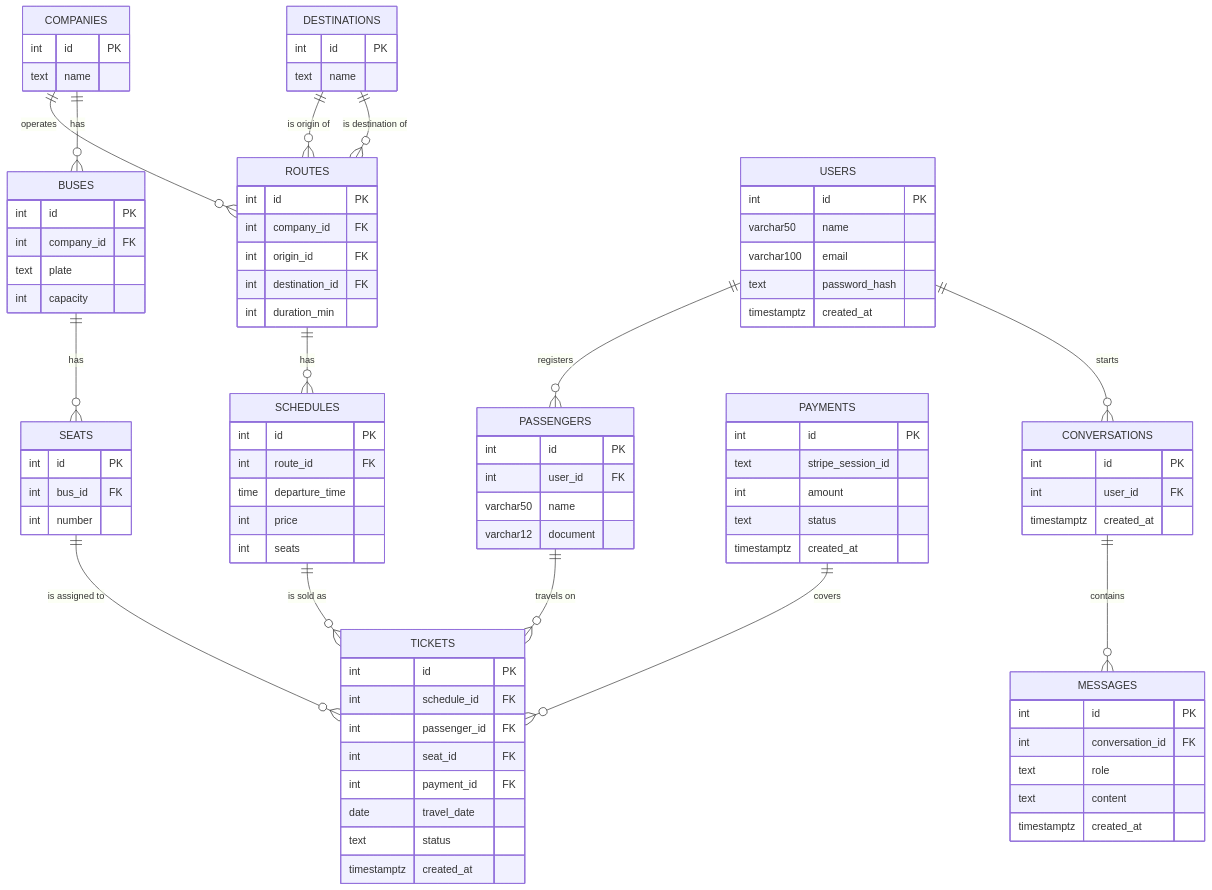
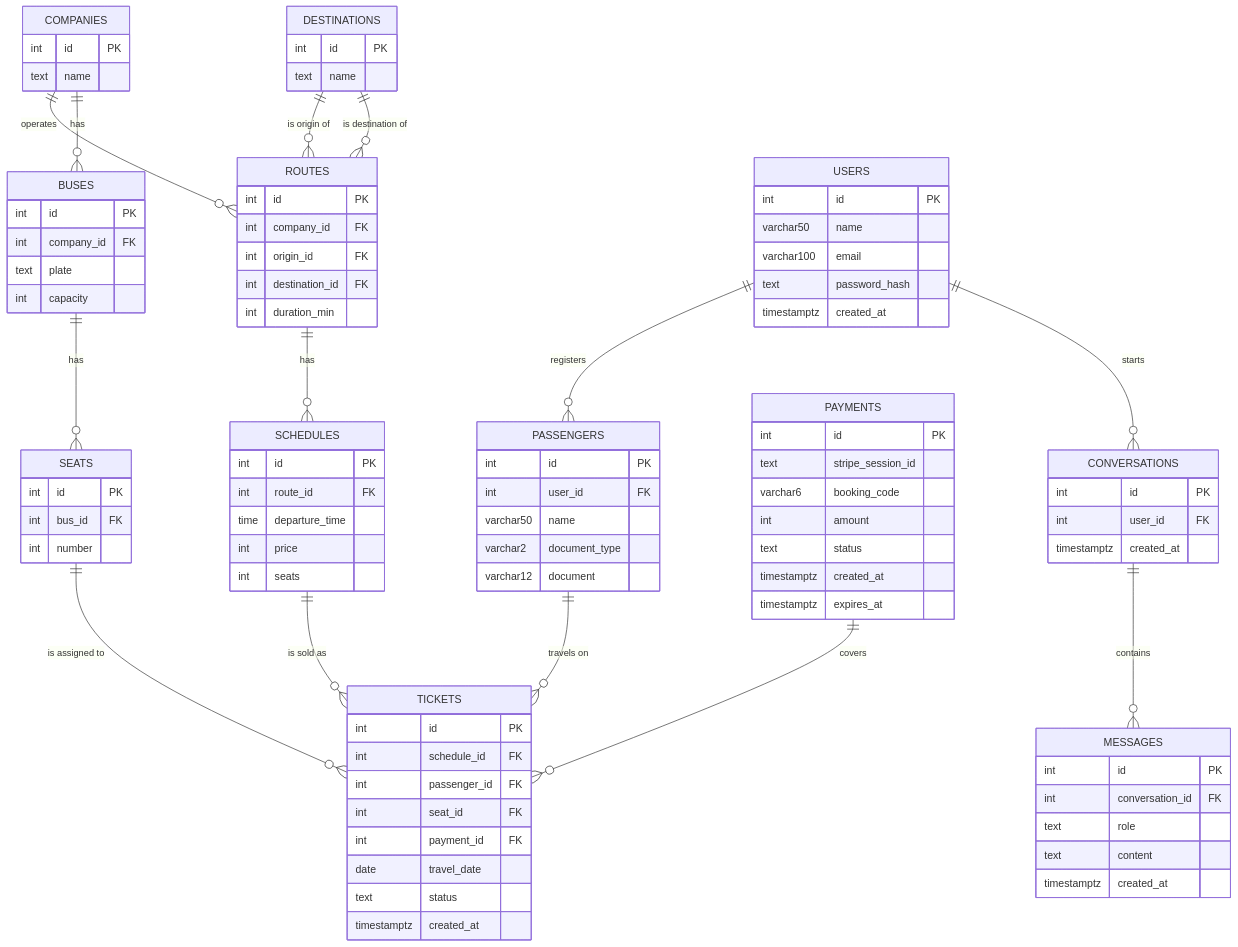
One commit to terminapp-pasto/terminapp-backend changed the second of 4 diagrams in README.md. Above: the diagram before and after it, drawn with Mermaid. The commit also changed other lines of this file, not shown here.

```diff
--- a/README.md
+++ b/README.md
@@ -204,6 +212,7 @@
         int id PK
         int user_id FK
         varchar50 name
+        varchar2 document_type
         varchar12 document
     }
     BUSES {
@@ -220,9 +229,11 @@
     PAYMENTS {
         int id PK
         text stripe_session_id
+        varchar6 booking_code
         int amount
         text status
         timestamptz created_at
+        timestamptz expires_at
     }
     CONVERSATIONS {
         int id PK
```
